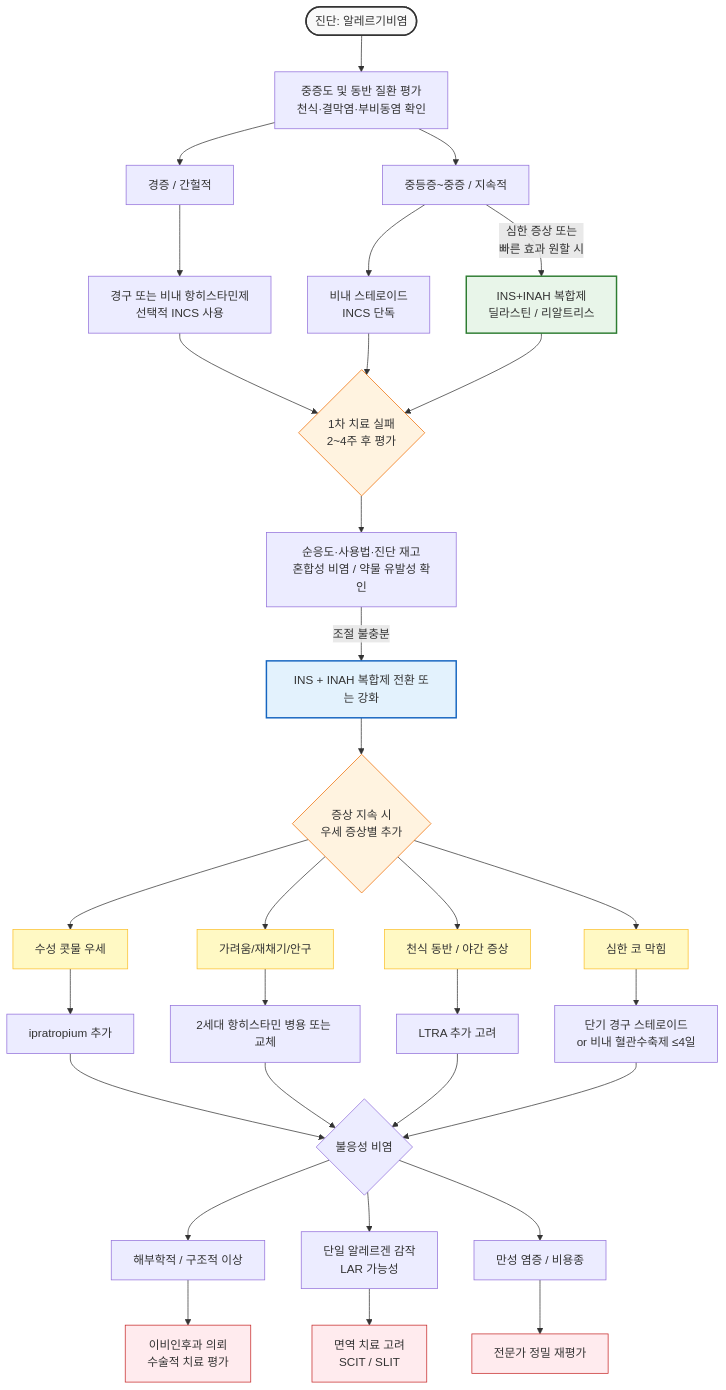
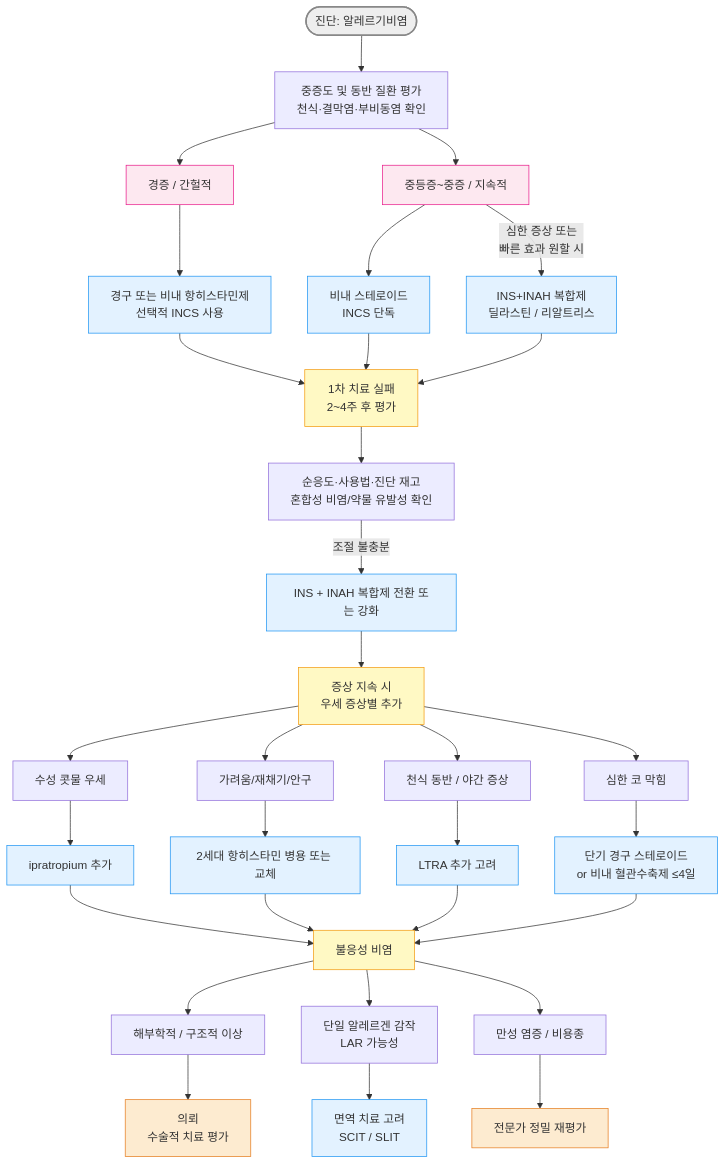
One commit to familyoh77/familyoh77 changed the diagram in 222_/051_-allergic-rhinitis.md. Above: the diagram before and after it, drawn with Mermaid. The commit also changed other lines of this file and 1 other file, not shown here.

````diff
--- a/222_/051_-allergic-rhinitis.md
+++ b/222_/051_-allergic-rhinitis.md
@@ -150,61 +163,59 @@
 ```mermaid
 graph TD
     %% 초기 평가 및 분류
-    Start([진단: 알레르기비염]) --> Assess[중증도 및 동반 질환 평가\n천식·결막염·부비동염 확인]
+    Start([진단: 알레르기비염]) --> Assess[중증도 및 동반 질환 평가<br/>천식·결막염·부비동염 확인]
 
     Assess --> Mild[경증 / 간헐적]
     Assess --> ModSev[중등증~중증 / 지속적]
 
     %% 경증 치료 경로
-    Mild --> AH[경구 또는 비내 항히스타민제\n선택적 INCS 사용]
+    Mild --> AH[경구 또는 비내 항히스타민제<br/>선택적 INCS 사용]
 
     %% 중등증-중증 치료 경로
-    ModSev --> INS[비내 스테로이드\nINCS 단독]
-    ModSev --> |심한 증상 또는\n빠른 효과 원할 시| Combo0[INS+INAH 복합제\n딜라스틴 / 리알트리스]
+    ModSev --> INS[비내 스테로이드<br/>INCS 단독]
+    ModSev --> |심한 증상 또는<br/>빠른 효과 원할 시| Combo0[INS+INAH 복합제<br/>딜라스틴 / 리알트리스]
 
     %% 1차 치료 실패 시 공통 경로
     AH --> Fail1
     INS --> Fail1
     Combo0 --> Fail1
 
-    Fail1{1차 치료 실패\n2~4주 후 평가} --> Check1[순응도·사용법·진단 재고\n혼합성 비염 / 약물 유발성 확인]
+    Fail1[1차 치료 실패<br/>2~4주 후 평가] --> Check1[순응도·사용법·진단 재고<br/>혼합성 비염/약물 유발성 확인]
 
     Check1 --> |조절 불충분| Combine[INS + INAH 복합제 전환 또는 강화]
 
     %% 세부 증상별 추가 전략
-    Combine --> Fail2{증상 지속 시\n우세 증상별 추가}
+    Combine --> Fail2[증상 지속 시<br/>우세 증상별 추가]
 
     Fail2 --> Symptom1[수성 콧물 우세]
     Fail2 --> Symptom2[가려움/재채기/안구]
     Fail2 --> Symptom3[천식 동반 / 야간 증상]
     Fail2 --> Symptom4[심한 코 막힘]
 
     Symptom1 --> Tx1[ipratropium 추가]
     Symptom2 --> Tx2[2세대 항히스타민 병용 또는 교체]
     Symptom3 --> Tx3[LTRA 추가 고려]
-    Symptom4 --> Tx4[단기 경구 스테로이드\nor 비내 혈관수축제 ≤4일]
+    Symptom4 --> Tx4[단기 경구 스테로이드<br/>or 비내 혈관수축제 ≤4일]
 
     %% 최종 단계 및 의뢰
-    Tx1 & Tx2 & Tx3 & Tx4 --> Fail3{불응성 비염}
+    Tx1 & Tx2 & Tx3 & Tx4 --> Fail3[불응성 비염]
 
     Fail3 --> Cause1[해부학적 / 구조적 이상]
-    Fail3 --> Cause2[단일 알레르겐 감작\nLAR 가능성]
+    Fail3 --> Cause2[단일 알레르겐 감작<br/>LAR 가능성]
     Fail3 --> Cause3[만성 염증 / 비용종]
 
-    Cause1 --> Final1[이비인후과 의뢰\n수술적 치료 평가]
-    Cause2 --> Final2[면역 치료 고려\nSCIT / SLIT]
+    Cause1 --> Final1[의뢰<br/>수술적 치료 평가]
+    Cause2 --> Final2[면역 치료 고려<br/>SCIT / SLIT]
     Cause3 --> Final3[전문가 정밀 재평가]
-
-    style Start fill:#f9f9f9,stroke:#333,stroke-width:2px
-    style Combo0 fill:#e8f5e9,stroke:#2e7d32,stroke-width:2px
-    style Combine fill:#e3f2fd,stroke:#1565c0,stroke-width:2px
-    style Fail1 fill:#fff3e0,stroke:#ef6c00
-    style Fail2 fill:#fff3e0,stroke:#ef6c00
-    style Final1 fill:#ffebee,stroke:#c62828
-    style Final2 fill:#ffebee,stroke:#c62828
-    style Final3 fill:#ffebee,stroke:#c62828
-    style Symptom1 fill:#fff9c4,stroke:#fbc02d
-    style Symptom2 fill:#fff9c4,stroke:#fbc02d
-    style Symptom3 fill:#fff9c4,stroke:#fbc02d
-    style Symptom4 fill:#fff9c4,stroke:#fbc02d
+    
+    style Start fill:#eeeeee,stroke:#888888,stroke-width:2px
+    classDef yellow fill:#fff9c4,stroke:#f39c12
+    class Fail1,Fail2,Fail3 yellow
+    classDef sky fill:#e3f2ff,stroke:#2196f3
+    class INS,Combine,Tx1,Tx2,Tx3,Tx4,AH,Combo0,Final2 sky
+    classDef orange fill:#fdebd0,stroke:#e67e22
+    class Final1,Final3 orange
+    classDef pink fill:#fde8f0,stroke:#e91e8c
+    class Mild,ModSev pink
+    
 ```
````
